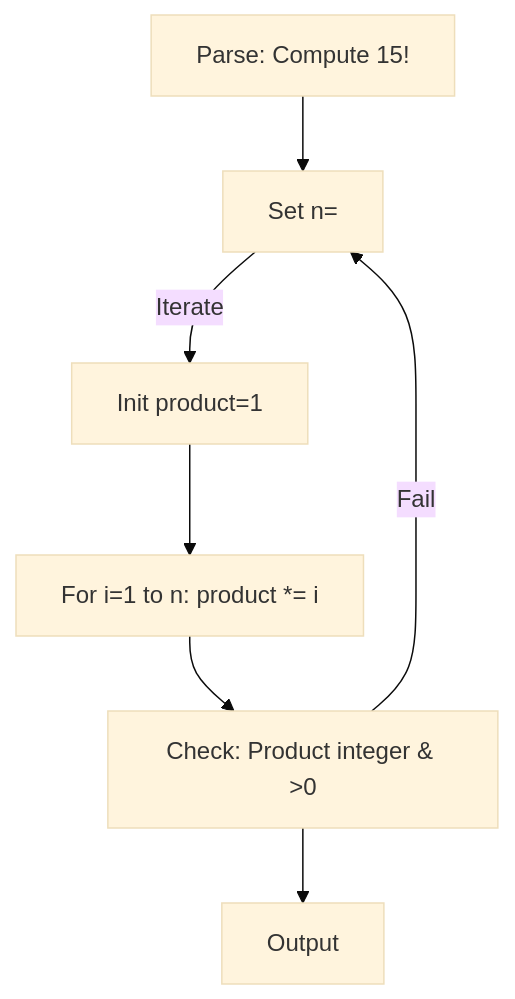
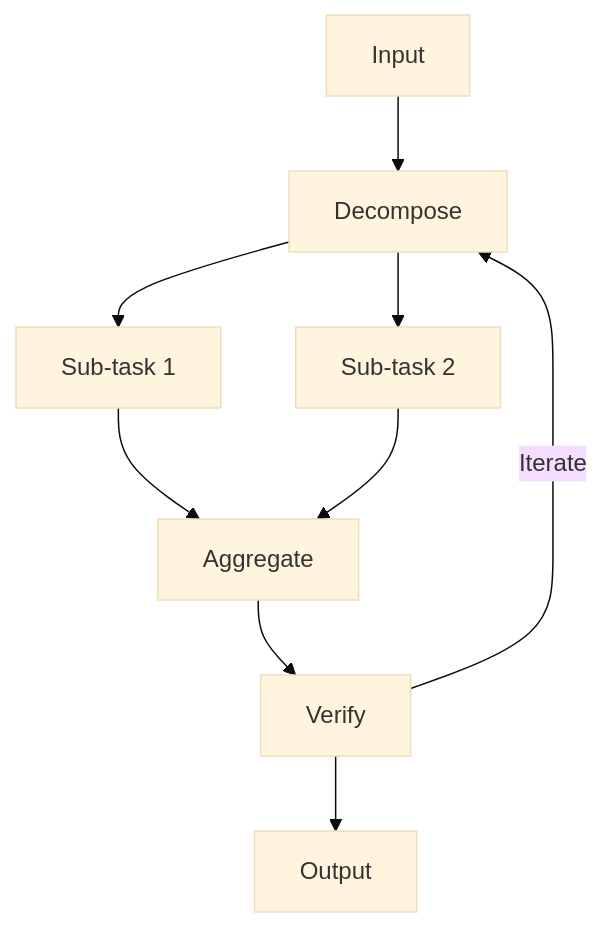
The fourth of 4 diagrams in RFC-AIW003-BRAID-Encode-Decode-Meta-Prompt.md (zackiles/agentic-gcp-enteprise-starterkit), drawn with Mermaid (base theme) before and after one commit. The commit also changed other lines of this file, not shown here.

````diff
--- a/RFC-AIW003-BRAID-Encode-Decode-Meta-Prompt.md
+++ b/RFC-AIW003-BRAID-Encode-Decode-Meta-Prompt.md
@@ -170,9 +479,11 @@
 ```mermaid
 flowchart TD;
-A[Parse: Compute 15!] --> B[Set n=<MASK>];
-B -- "Iterate" --> C[Init product=1];
-C --> D[For i=1 to n: product *= i];
-D --> E[Check: Product integer & >0];
-E -- "Fail" --> B;
-E --> F[Output <MASK>!];
+A[Input] --> B[Decompose];
+B --> C[Sub-task 1];
+B --> D[Sub-task 2];
+C --> E[Aggregate];
+D --> E;
+E --> F[Verify];
+F -- "Iterate" --> B;
+F --> G[Output];
 ```
````
